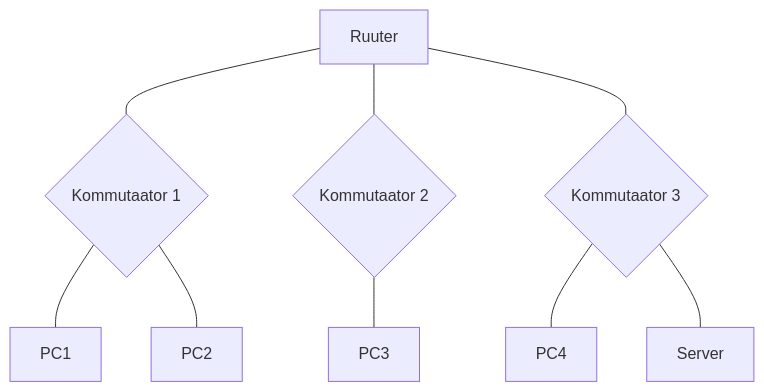
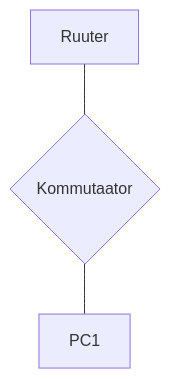
One commit to mtalvik/av2 changed the diagram in labs/dhcp.md. Above: the diagram before and after it, drawn with Mermaid. The commit also changed other lines of this file, not shown here.

````diff
--- a/labs/dhcp.md
+++ b/labs/dhcp.md
@@ -10,11 +9,5 @@
 ```mermaid
 graph TD
-    SW1{Kommutaator 1} --- PC1[PC1]
-    SW1 --- PC2[PC2]
-    R1[Ruuter] --- SW1
-    R1 --- SW2{Kommutaator 2}
-    R1 --- SW3{Kommutaator 3}
-    SW2 --- PC3[PC3]
-    SW3 --- PC4[PC4]
-    SW3 --- Server[Server]
+    R1[Ruuter] --- SW1{Kommutaator}
+    SW1 --- PC1[PC1]
 ```
````
